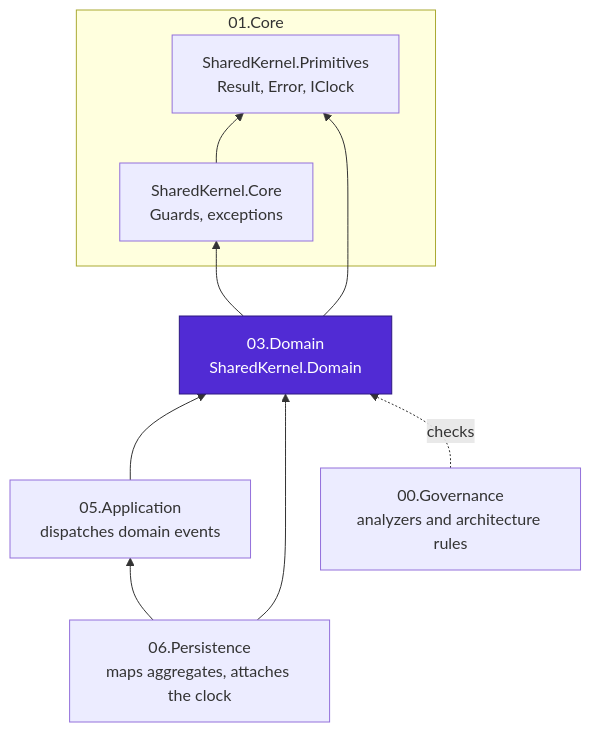
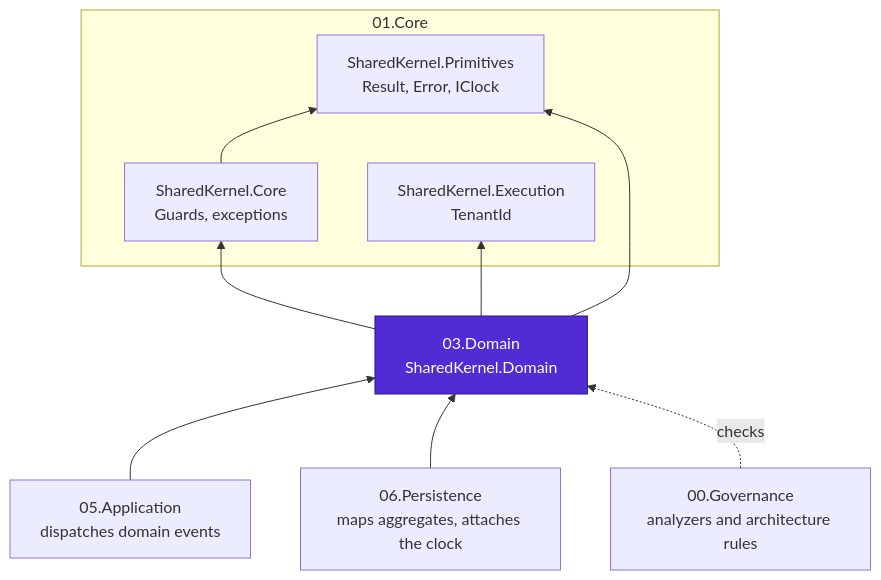
One commit to Gresta-Vertex-Labs/platform-shared-kernel changed the first of 3 diagrams in 03.Domain/README.md. Above: the diagram before and after it, drawn with Mermaid. The commit also changed other lines of this file and 167 other files, not shown here.

````diff
--- a/03.Domain/README.md
+++ b/03.Domain/README.md
@@ -41,23 +42,24 @@
 ```mermaid
 flowchart BT
     subgraph core["01.Core"]
         Primitives["SharedKernel.Primitives<br/>Result, Error, IClock"]
         Core["SharedKernel.Core<br/>Guards, exceptions"]
+        Execution["SharedKernel.Execution<br/>TenantId"]
     end
 
     Domain["03.Domain<br/>SharedKernel.Domain"]
 
     Application["05.Application<br/>dispatches domain events"]
     Persistence["06.Persistence<br/>maps aggregates, attaches the clock"]
     Governance["00.Governance<br/>analyzers and architecture rules"]
 
     style Domain fill:#512BD4,color:#fff,stroke:#2d1780
 
     Core --> Primitives
     Domain --> Primitives
     Domain --> Core
+    Domain --> Execution
     Application --> Domain
     Persistence --> Domain
-    Persistence --> Application
     Governance -. checks .-> Domain
 ```
````
